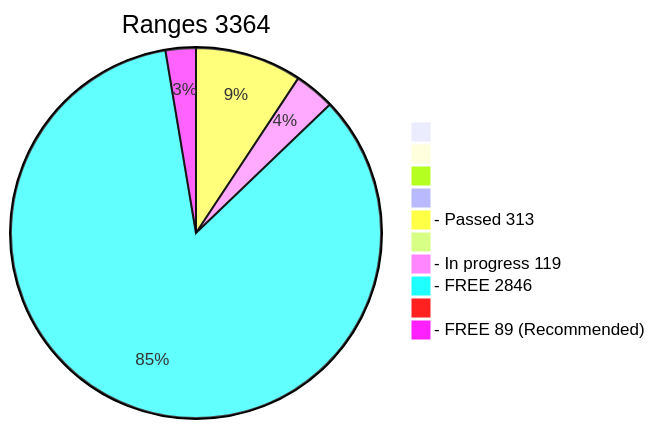
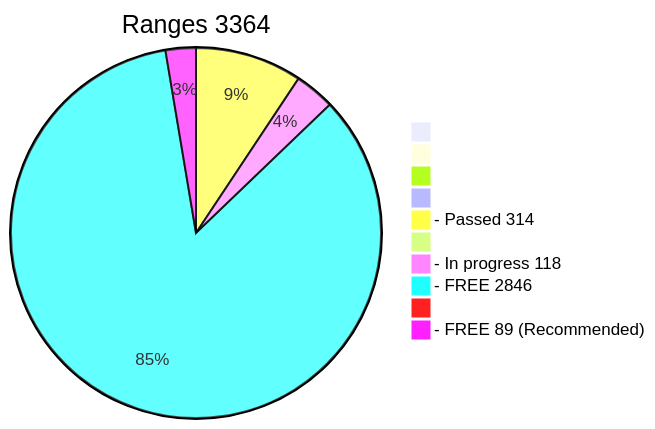
The diagram in x64/Release/table.md (phrutis/wif500), drawn with Mermaid before and after one commit. The commit also changed other lines of this file, not shown here.

````diff
--- a/x64/Release/table.md
+++ b/x64/Release/table.md
@@ -2,13 +2,13 @@
 ```mermaid
 pie title Ranges 3364
   " " : 0
   "  " : 0
   "   " : 0
   "    " : 0
-  "- Passed 313" : 313
+  "- Passed 314" : 314
   "     " : 0
-  "- In progress 119" : 119
+  "- In progress 118" : 118
   "- FREE 2846" : 2846
   "      " : 0
   "- FREE 89 (Recommended)" : 89
 ```
````
